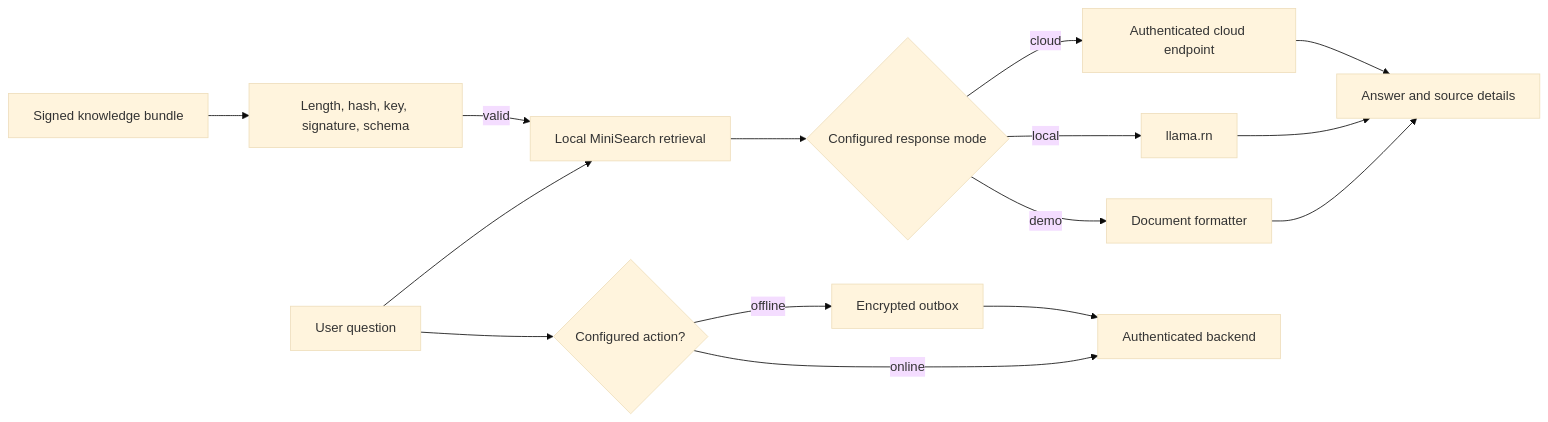
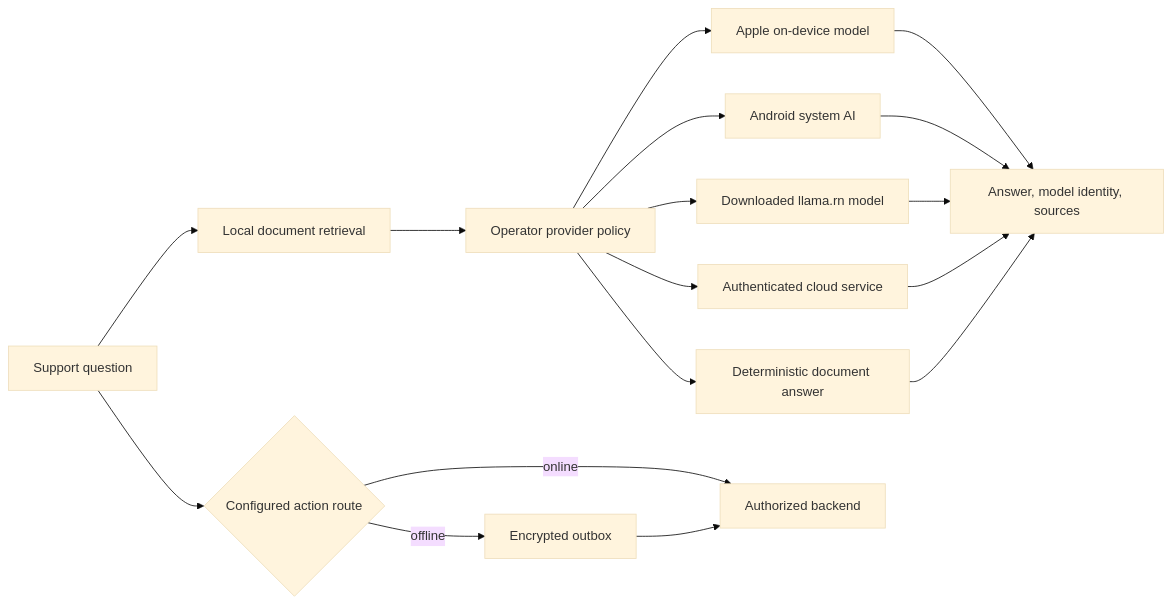
One commit to xmpuspus/airgap changed the diagram in README.md. Above: the diagram before and after it, drawn with Mermaid (base theme). The commit also changed other lines of this file and 4 other files, not shown here.

Commit message:
Document native provider deployment

````diff
--- a/README.md
+++ b/README.md
@@ -79,17 +198,19 @@
 ```mermaid
 flowchart LR
-    U[User question] --> R[Local MiniSearch retrieval]
-    R --> P{Configured response mode}
-    P -->|demo| D[Document formatter]
-    P -->|local| L[llama.rn]
-    P -->|cloud| C[Authenticated cloud endpoint]
-    D --> A[Answer and source details]
-    L --> A
-    C --> A
-    U --> T{Configured action?}
-    T -->|online| B[Authenticated backend]
-    T -->|offline| Q[Encrypted outbox]
-    Q --> B
-    S[Signed knowledge bundle] --> V[Length, hash, key, signature, schema]
-    V -->|valid| R
+    Q[Support question] --> R[Local document retrieval]
+    R --> P[Operator provider policy]
+    P --> A[Apple on-device model]
+    P --> G[Android system AI]
+    P --> L[Downloaded llama.rn model]
+    P --> C[Authenticated cloud service]
+    P --> D[Deterministic document answer]
+    A --> V[Answer, model identity, sources]
+    G --> V
+    L --> V
+    C --> V
+    D --> V
+    Q --> T{Configured action route}
+    T -->|online| B[Authorized backend]
+    T -->|offline| O[Encrypted outbox]
+    O --> B
 ```
````
